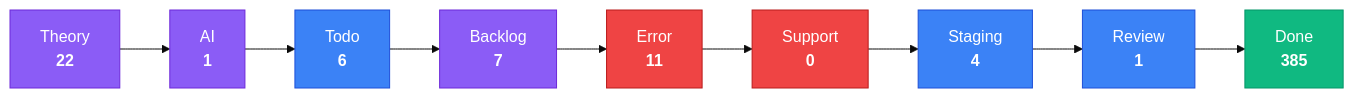
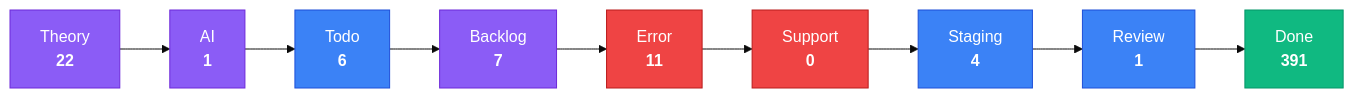
Before and after one commit to KBVE/kbve: the third of 4 diagrams in apps/kbve/astro-kbve/src/content/docs/dashboard/kanban-data.mdx, drawn with Mermaid (base theme). The commit also changed other lines of this file and 8 other files, not shown here.

````diff
--- a/apps/kbve/astro-kbve/src/content/docs/dashboard/kanban-data.mdx
+++ b/apps/kbve/astro-kbve/src/content/docs/dashboard/kanban-data.mdx
@@ -80,28 +80,28 @@
 ```mermaid
 flowchart LR
     classDef planning fill:#8b5cf6,stroke:#6d28d9,color:#fff
     classDef active fill:#3b82f6,stroke:#1d4ed8,color:#fff
     classDef blocked fill:#ef4444,stroke:#b91c1c,color:#fff
     classDef done fill:#10b981,stroke:#059669,color:#fff
     Theory["Theory<br/><strong>22</strong>"]
     Theory --> AI
     AI["AI<br/><strong>1</strong>"]
     AI --> Todo
     Todo["Todo<br/><strong>6</strong>"]
     Todo --> Backlog
     Backlog["Backlog<br/><strong>7</strong>"]
     Backlog --> Error
     Error["Error<br/><strong>11</strong>"]
     Error --> Support
     Support["Support<br/><strong>0</strong>"]
     Support --> Staging
     Staging["Staging<br/><strong>4</strong>"]
     Staging --> Review
     Review["Review<br/><strong>1</strong>"]
     Review --> Done
-    Done["Done<br/><strong>385</strong>"]
+    Done["Done<br/><strong>391</strong>"]
     class Theory,AI,Backlog planning
     class Todo,Staging,Review active
     class Error,Support blocked
     class Done done
 ```
````
